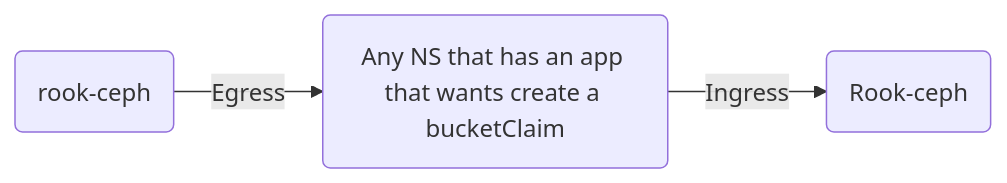
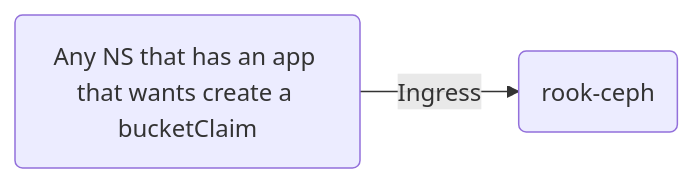
The second of 2 diagrams in docs/Network-policies.md (distributed-technologies/yggdrasil), drawn with Mermaid before and after one commit.

Commit message:
fixed flowchart

````diff
--- a/docs/Network-policies.md
+++ b/docs/Network-policies.md
@@ -36,6 +36,4 @@
 ```mermaid
   flowchart LR
-    p(rook-ceph) -- Egress --> bucketCreator(nothing)
-
-    bucketCreator(Any NS that has an app that wants create a bucketClaim) -- Ingress --> t(Rook-ceph)
+    bucketCreator(Any NS that has an app that wants create a bucketClaim) -- Ingress --> t(rook-ceph)
 ```
````
